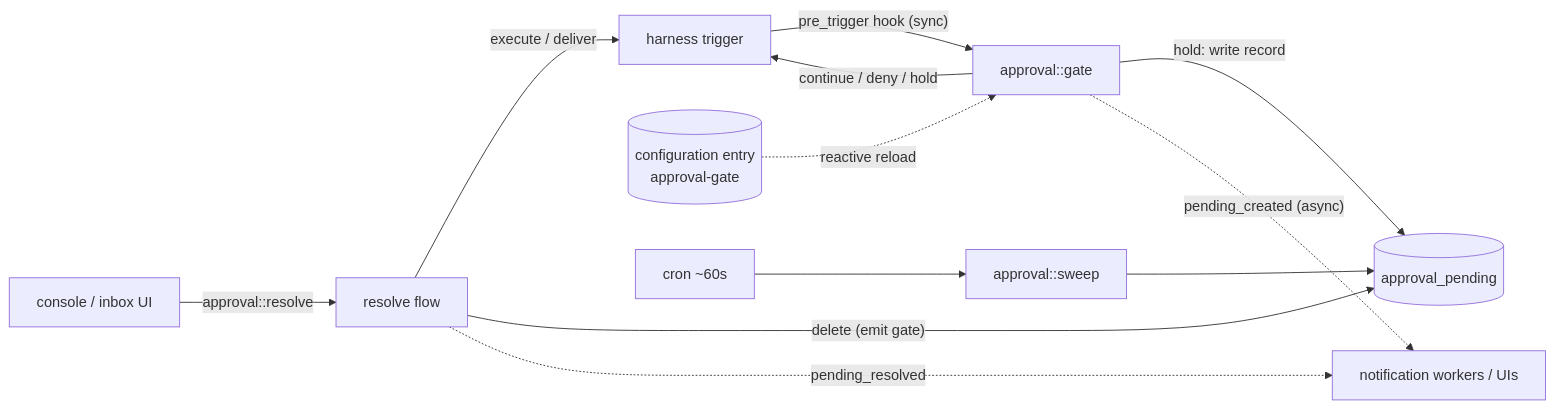
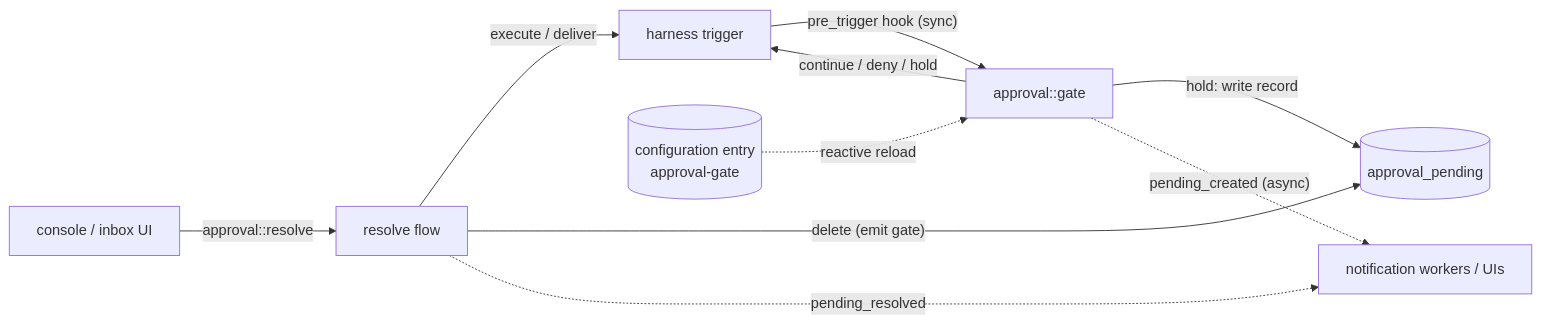
One commit to iii-hq/workers changed the diagram in approval-gate/architecture/README.md. Above: the diagram before and after it, drawn with Mermaid. The commit also changed other lines of this file and 38 other files, not shown here.

````diff
--- a/approval-gate/architecture/README.md
+++ b/approval-gate/architecture/README.md
@@ -39,13 +39,12 @@
 ```mermaid
 flowchart LR
   H[harness trigger] -- "pre_trigger hook (sync)" --> G[approval::gate]
   G -- "continue / deny / hold" --> H
   G -- "hold: write record" --> S[(approval_pending)]
   G -. "pending_created (async)" .-> N[notification workers / UIs]
   UI[console / inbox UI] -- "approval::resolve" --> R[resolve flow]
   R -- "execute / deliver" --> H
   R -- "delete (emit gate)" --> S
   R -. "pending_resolved" .-> N
   C[(configuration entry\napproval-gate)] -. "reactive reload" .-> G
-  CR[cron ~60s] --> SW[approval::sweep] --> S
 ```
````
